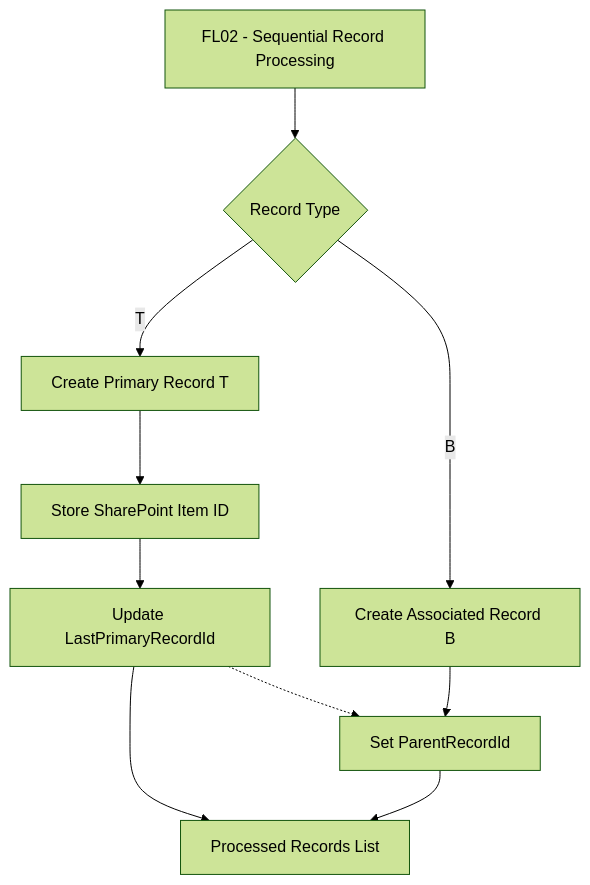
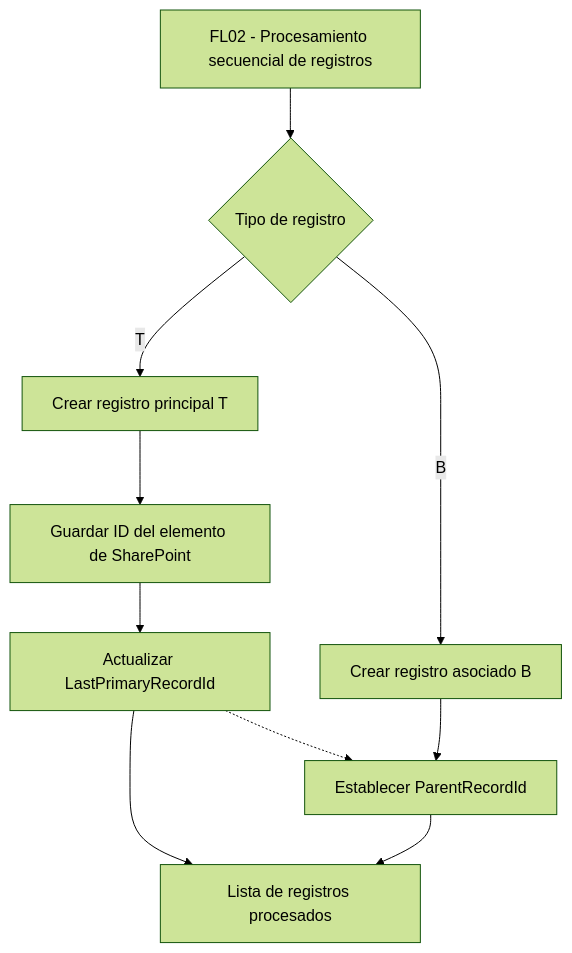
The diagram in Power-Automate/SharePoint-Excel-Automation/Sharepoint/lists/processed-records.md (smartinmunoz/power-platform-portfolio-es), drawn with Mermaid (forest theme) before and after one commit. The commit also changed other lines of this file, not shown here.

First line of the commit message:
docs: translate SharePoint processed records list to Spanish.

````diff
--- a/Power-Automate/SharePoint-Excel-Automation/Sharepoint/lists/processed-records.md
+++ b/Power-Automate/SharePoint-Excel-Automation/Sharepoint/lists/processed-records.md
@@ -94,21 +92,21 @@
 ```mermaid
 flowchart TD
-    A[FL02 - Sequential Record Processing]
-    B{Record Type}
-    C[Create Primary Record T]
-    D[Store SharePoint Item ID]
-    E[Update LastPrimaryRecordId]
-    F[Create Associated Record B]
-    G[Set ParentRecordId]
-    H[Processed Records List]
+    A["FL02 - Procesamiento secuencial de registros"]
+    B{"Tipo de registro"}
+    C["Crear registro principal T"]
+    D["Guardar ID del elemento de SharePoint"]
+    E["Actualizar LastPrimaryRecordId"]
+    F["Crear registro asociado B"]
+    G["Establecer ParentRecordId"]
+    H["Lista de registros procesados"]
 
     A --> B
     B -->|T| C
     C --> D
     D --> E
     E --> H
     B -->|B| F
     E -.-> G
     F --> G
     G --> H
 ```
````
